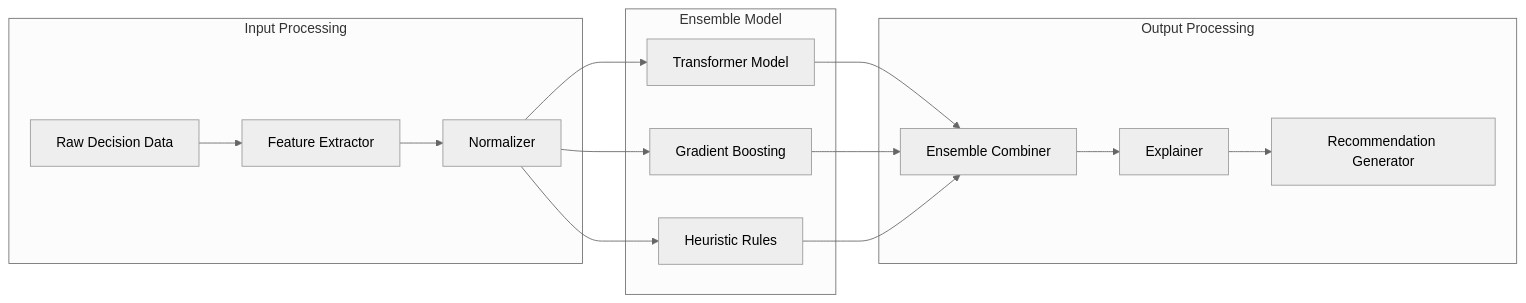
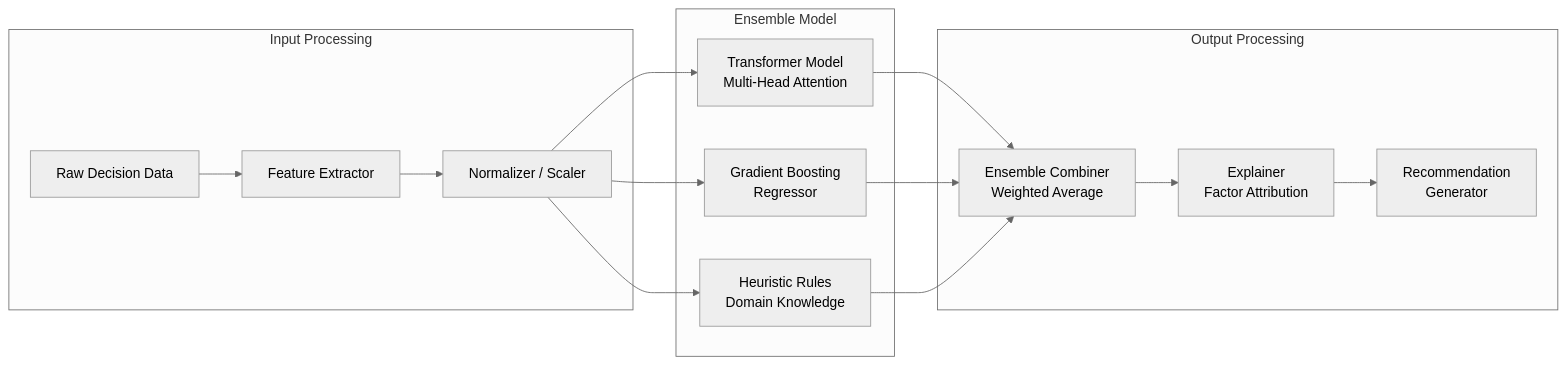
The fourth of 5 diagrams in README.md (sayon999-d/career-regret-ai-), drawn with Mermaid (neutral theme) before and after one commit. The commit also changed other lines of this file and 26 other files, not shown here.

````diff
--- a/README.md
+++ b/README.md
@@ -125,33 +276,33 @@
 ```mermaid
 graph LR
     subgraph Input["Input Processing"]
-        RAW[Raw Decision Data]
-        FE[Feature Extractor]
-        NORM[Normalizer]
+        RAW["Raw Decision Data"]
+        FE["Feature Extractor"]
+        NORM["Normalizer / Scaler"]
     end
 
     subgraph Model["Ensemble Model"]
-        TRANS[Transformer Model]
-        GB[Gradient Boosting]
-        HEUR[Heuristic Rules]
+        TRANS["Transformer Model<br/>Multi-Head Attention"]
+        GB["Gradient Boosting<br/>Regressor"]
+        HEUR["Heuristic Rules<br/>Domain Knowledge"]
     end
 
     subgraph Output["Output Processing"]
-        ENS[Ensemble Combiner]
-        EXP[Explainer]
-        REC[Recommendation Generator]
+        ENS["Ensemble Combiner<br/>Weighted Average"]
+        EXP["Explainer<br/>Factor Attribution"]
+        REC["Recommendation<br/>Generator"]
     end
 
     RAW --> FE
     FE --> NORM
     NORM --> TRANS
     NORM --> GB
     NORM --> HEUR
-    
+
     TRANS --> ENS
     GB --> ENS
     HEUR --> ENS
-    
+
     ENS --> EXP
     EXP --> REC
 ```
````
